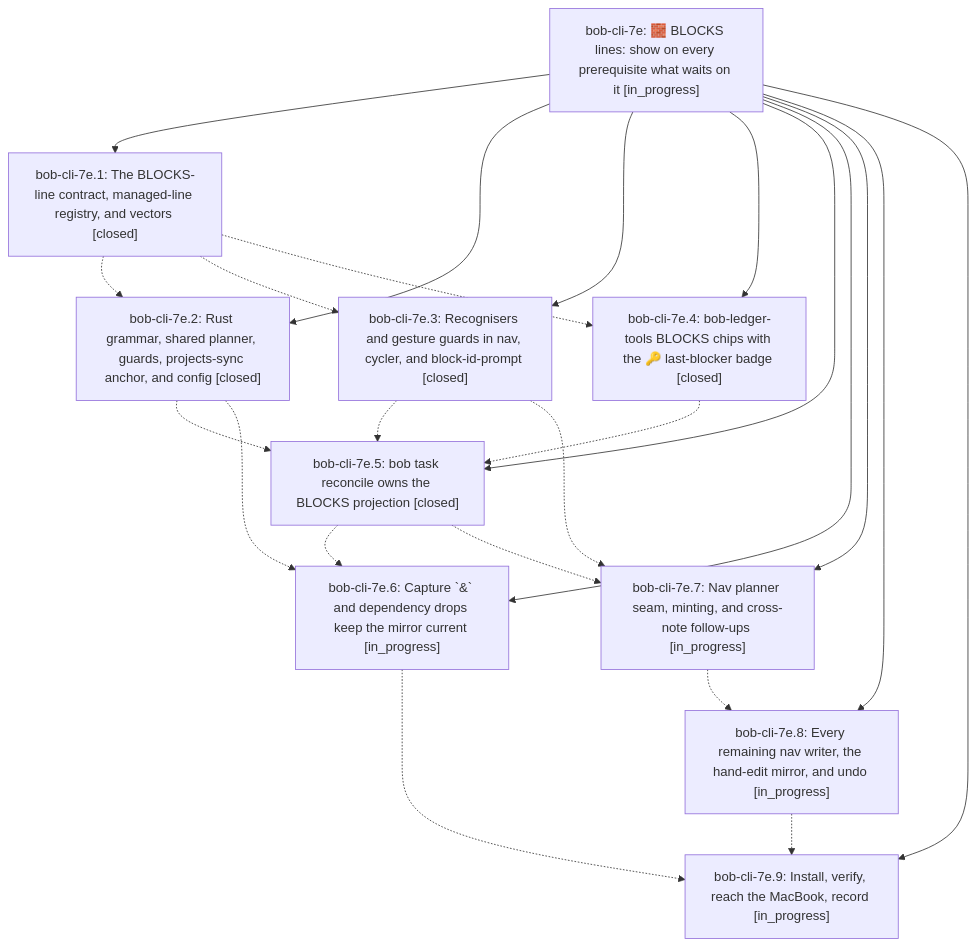
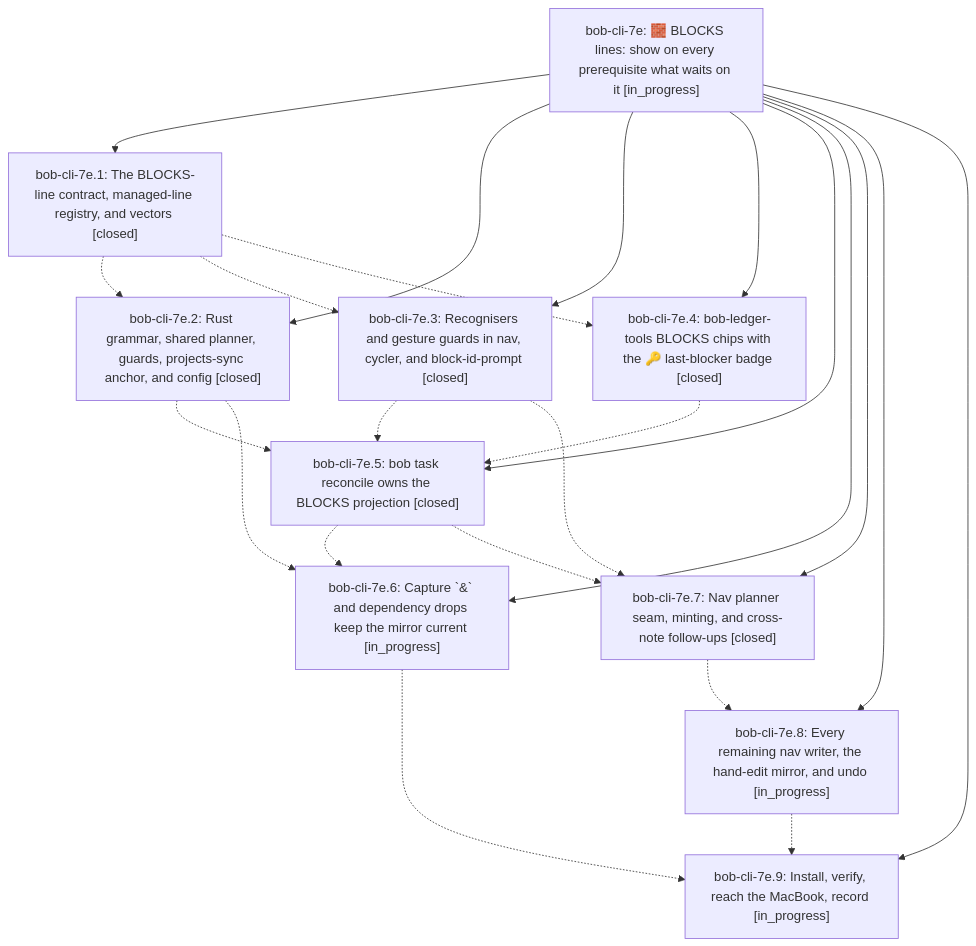
Before and after one commit to bobs-org/bob-cli--beads: the diagram in pages/bob-cli-7e/README.md, drawn with Mermaid. The commit also changed other lines of this file and 5 other files, not shown here.

First line of the commit message:
chore(beads): sync bead state and pages for bob-cli-7e

````diff
--- a/pages/bob-cli-7e/README.md
+++ b/pages/bob-cli-7e/README.md
@@ -42,35 +44,35 @@
 ```mermaid
 flowchart TD
     n0["bob-cli-7e: 🧱 BLOCKS lines: show on every prerequisite what waits on it [in_progress]"]
     n1["bob-cli-7e.1: The BLOCKS-line contract, managed-line registry, and vectors [closed]"]
     n2["bob-cli-7e.2: Rust grammar, shared planner, guards, projects-sync anchor, and config [closed]"]
     n3["bob-cli-7e.3: Recognisers and gesture guards in nav, cycler, and block-id-prompt [closed]"]
     n4["bob-cli-7e.4: bob-ledger-tools BLOCKS chips with the 🔑 last-blocker badge [closed]"]
     n5["bob-cli-7e.5: bob task reconcile owns the BLOCKS projection [closed]"]
     n6["bob-cli-7e.6: Capture `&` and dependency drops keep the mirror current [in_progress]"]
-    n7["bob-cli-7e.7: Nav planner seam, minting, and cross-note follow-ups [in_progress]"]
+    n7["bob-cli-7e.7: Nav planner seam, minting, and cross-note follow-ups [closed]"]
     n8["bob-cli-7e.8: Every remaining nav writer, the hand-edit mirror, and undo [in_progress]"]
     n9["bob-cli-7e.9: Install, verify, reach the MacBook, record [in_progress]"]
     n0 --> n1
     n0 --> n2
     n0 --> n3
     n0 --> n4
     n0 --> n5
     n0 --> n6
     n0 --> n7
     n0 --> n8
     n0 --> n9
     n1 -.-> n2
     n1 -.-> n3
     n1 -.-> n4
     n2 -.-> n5
     n2 -.-> n6
     n3 -.-> n5
     n3 -.-> n7
     n4 -.-> n5
     n5 -.-> n6
     n5 -.-> n7
     n6 -.-> n9
     n7 -.-> n8
     n8 -.-> n9
 ```
````
